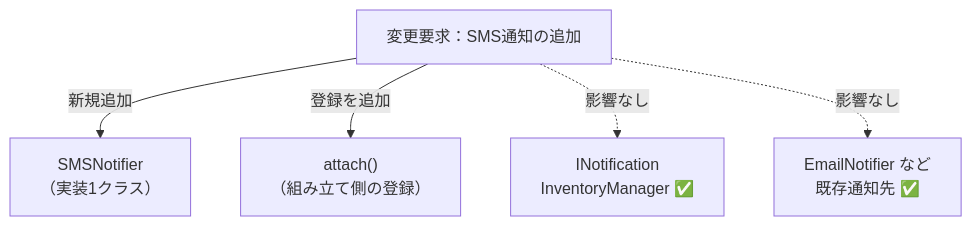
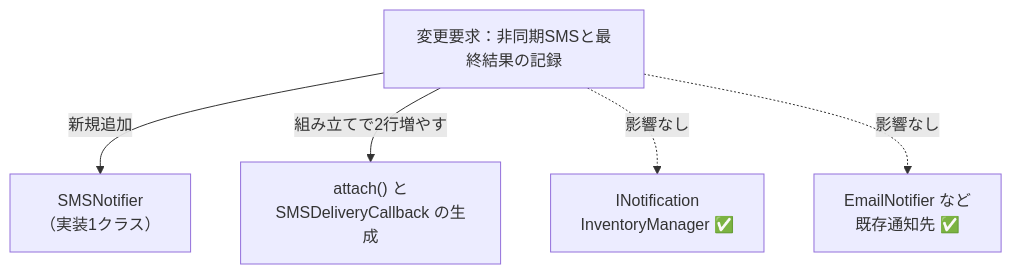
One commit to kumachan1101-pixel/DesignPattern changed diagram 11 of 13 in kindle/design-patterns/books/volume01-core-patterns/output/05-chapter03.md. Above: the diagram before and after it, drawn with Mermaid. The commit also changed other lines of this file and 5 other files, not shown here.

````diff
--- a/kindle/design-patterns/books/volume01-core-patterns/output/05-chapter03.md
+++ b/kindle/design-patterns/books/volume01-core-patterns/output/05-chapter03.md
@@ -3037,8 +3037,8 @@
 ```mermaid
 graph TD
-    T1["変更要求：SMS通知の追加"]
+    T1["変更要求：非同期SMSと最終結果の記録"]
         -->|新規追加| N1["SMSNotifier<br>（実装1クラス）"]
-    T1 -->|登録を追加| N2["attach()<br>（組み立て側の登録）"]
+    T1 -->|組み立てで2行増やす| N2["attach() と<br>SMSDeliveryCallback の生成"]
     T1 -. "影響なし" .-> A["INotification<br>InventoryManager ✅"]
     T1 -. "影響なし" .-> B["EmailNotifier など<br>既存通知先 ✅"]
 ```
````
